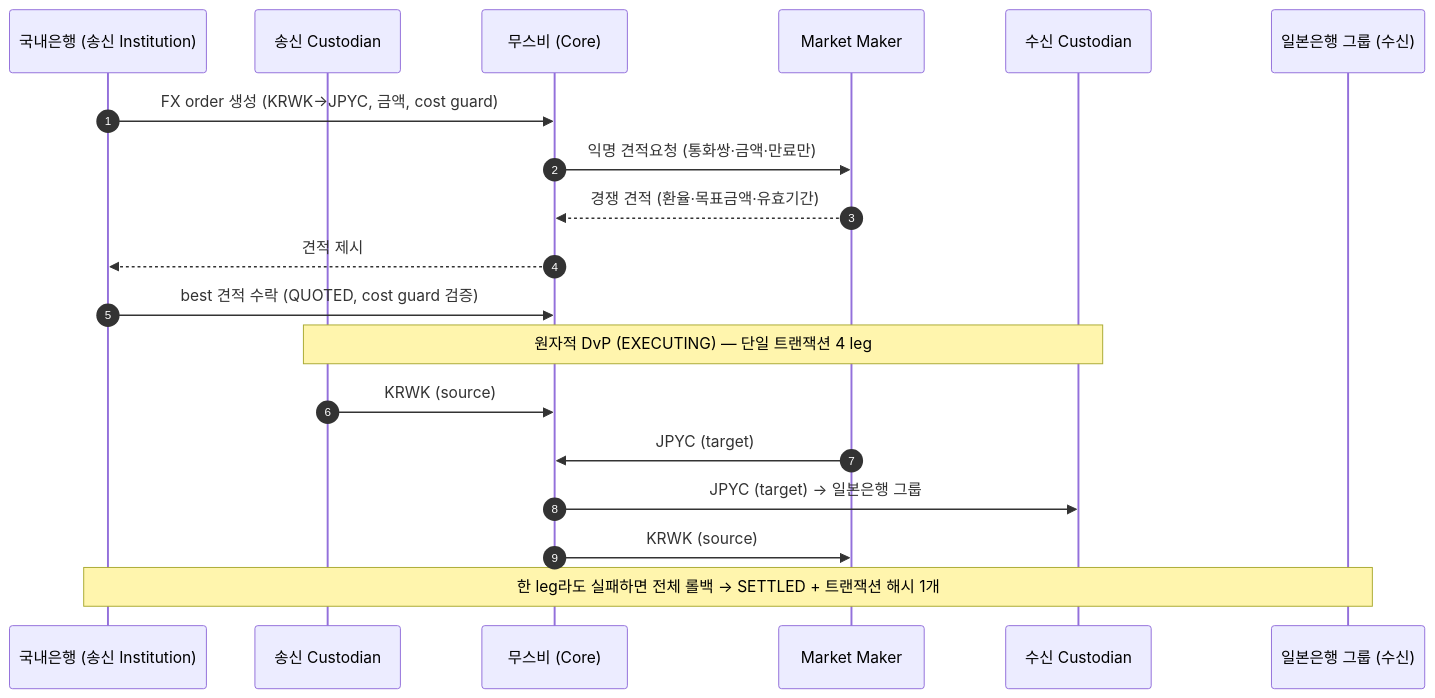
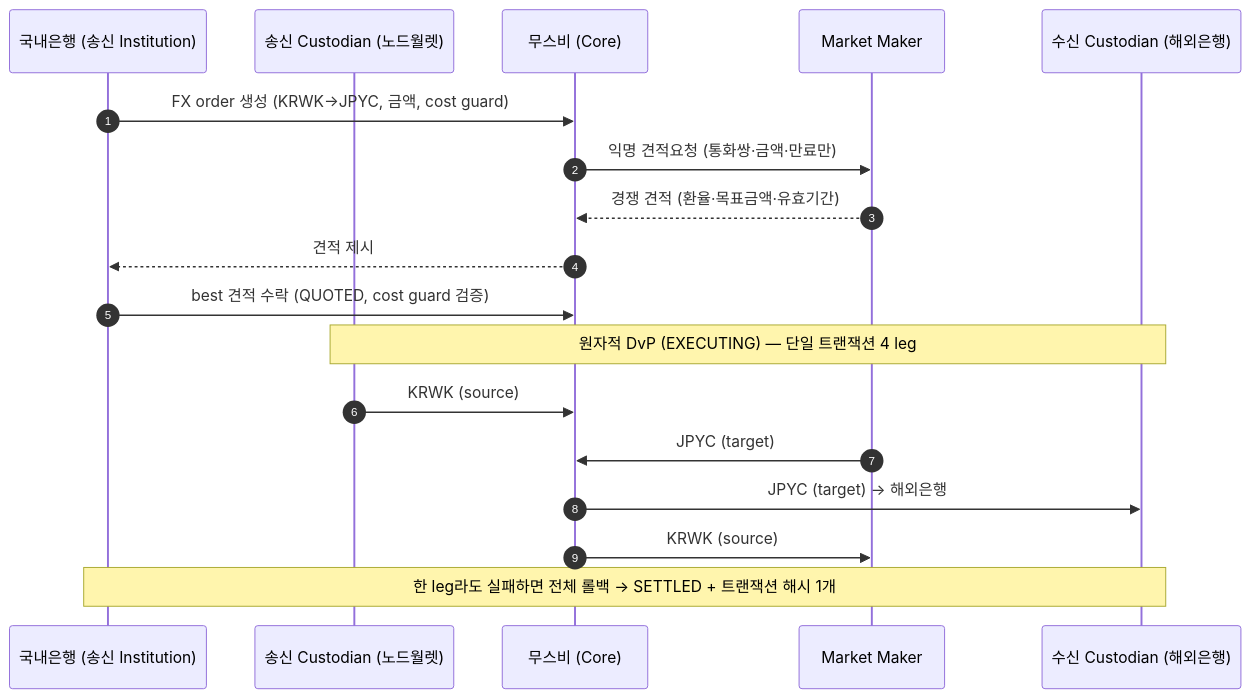
Before and after one commit to eunsujeo/canton-docs: the diagram in dev/docs/poc/architecture.md, drawn with Mermaid. The commit also changed other lines of this file and 7 other files, not shown here.

````diff
--- a/dev/docs/poc/architecture.md
+++ b/dev/docs/poc/architecture.md
@@ -63,21 +57,20 @@
 ```mermaid
 sequenceDiagram
     autonumber
     participant I as 국내은행 (송신 Institution)
-    participant SC as 송신 Custodian
+    participant SC as 송신 Custodian (노드월렛)
     participant V as 무스비 (Core)
     participant MM as Market Maker
-    participant RC as 수신 Custodian
-    participant R as 일본은행 그룹 (수신)
+    participant RC as 수신 Custodian (해외은행)
     I->>V: FX order 생성 (KRWK→JPYC, 금액, cost guard)
     V->>MM: 익명 견적요청 (통화쌍·금액·만료만)
     MM-->>V: 경쟁 견적 (환율·목표금액·유효기간)
     V-->>I: 견적 제시
     I->>V: best 견적 수락 (QUOTED, cost guard 검증)
     Note over SC,RC: 원자적 DvP (EXECUTING) — 단일 트랜잭션 4 leg
     SC->>V: KRWK (source)
     MM->>V: JPYC (target)
-    V->>RC: JPYC (target) → 일본은행 그룹
+    V->>RC: JPYC (target) → 해외은행
     V->>MM: KRWK (source)
-    Note over I,R: 한 leg라도 실패하면 전체 롤백 → SETTLED + 트랜잭션 해시 1개
+    Note over I,RC: 한 leg라도 실패하면 전체 롤백 → SETTLED + 트랜잭션 해시 1개
 ```
````
